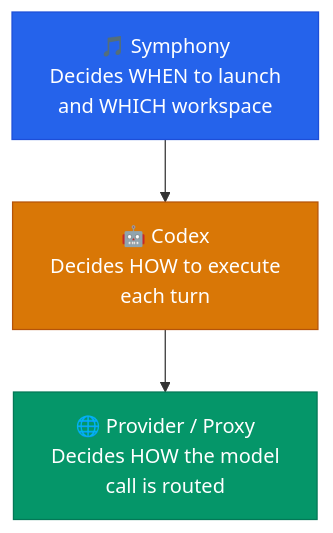
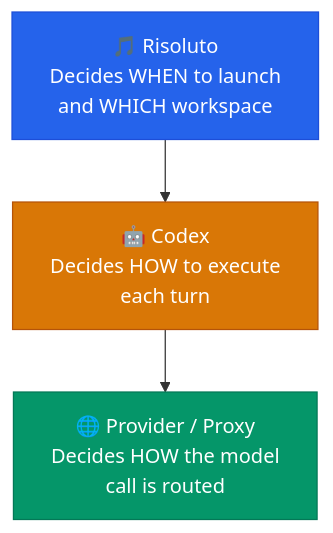
Before and after one commit to OmerFarukOruc/risoluto: the diagram in docs/TRUST_AND_AUTH.md, drawn with Mermaid. The commit also changed other lines of this file and 348 other files, not shown here.

````diff
--- a/docs/TRUST_AND_AUTH.md
+++ b/docs/TRUST_AND_AUTH.md
@@ -15,12 +15,12 @@
 ```mermaid
 flowchart TB
-    S["🎵 Symphony\nDecides WHEN to launch\nand WHICH workspace"]
+    S["🎵 Risoluto\nDecides WHEN to launch\nand WHICH workspace"]
     C["🤖 Codex\nDecides HOW to execute\neach turn"]
     P["🌐 Provider / Proxy\nDecides HOW the model\ncall is routed"]
 
     S --> C --> P
 
     style S fill:#2563eb,stroke:#1d4ed8,color:#fff
     style C fill:#d97706,stroke:#b45309,color:#fff
     style P fill:#059669,stroke:#047857,color:#fff
 ```
````
